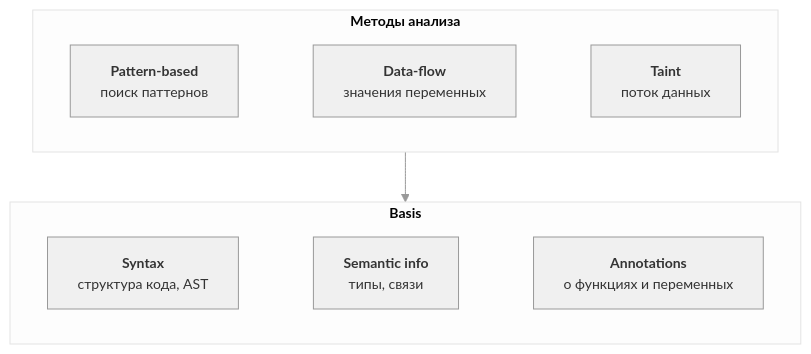
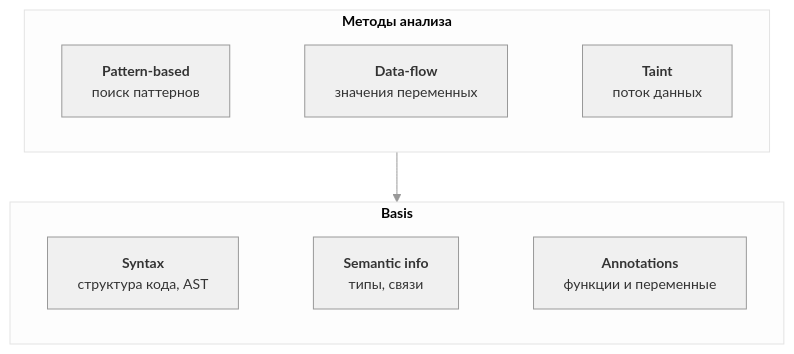
One commit to Otto-7/mcp changed the diagram in docs/research/sast-basics.md. Above: the diagram before and after it, drawn with Mermaid. The commit also changed other lines of this file, not shown here.

First line of the commit message:
Fix annotations and Svace to Svacer in documentation

````diff
--- a/docs/research/sast-basics.md
+++ b/docs/research/sast-basics.md
@@ -2,27 +2,27 @@
 ```mermaid
 %%{init: {'theme':'base', 'themeVariables': {
   'primaryColor': '#f0f0f0',
   'primaryTextColor': '#333333',
   'primaryBorderColor': '#999999',
   'lineColor': '#999999',
   'fontSize': '14px'
 }}}%%
 flowchart TD
     subgraph Methods["<b>Методы анализа</b>"]
         direction LR
         P["<b>Pattern-based</b><br/>поиск паттернов"]
         D["<b>Data-flow</b><br/>значения переменных"]
         T["<b>Taint</b><br/>поток данных"]
         P ~~~ D ~~~ T
     end
 
     subgraph Basis["<b>Basis</b>"]
         direction LR
         S["<b>Syntax</b><br/>структура кода, AST"]
         SI["<b>Semantic info</b><br/>типы, связи"]
-        AN["<b>Annotations</b><br/>о функциях и переменных"]
+        AN["<b>Annotations</b><br/>функции и переменные"]
         S ~~~ SI ~~~ AN
     end
 
     Methods --> Basis
 ```
````
